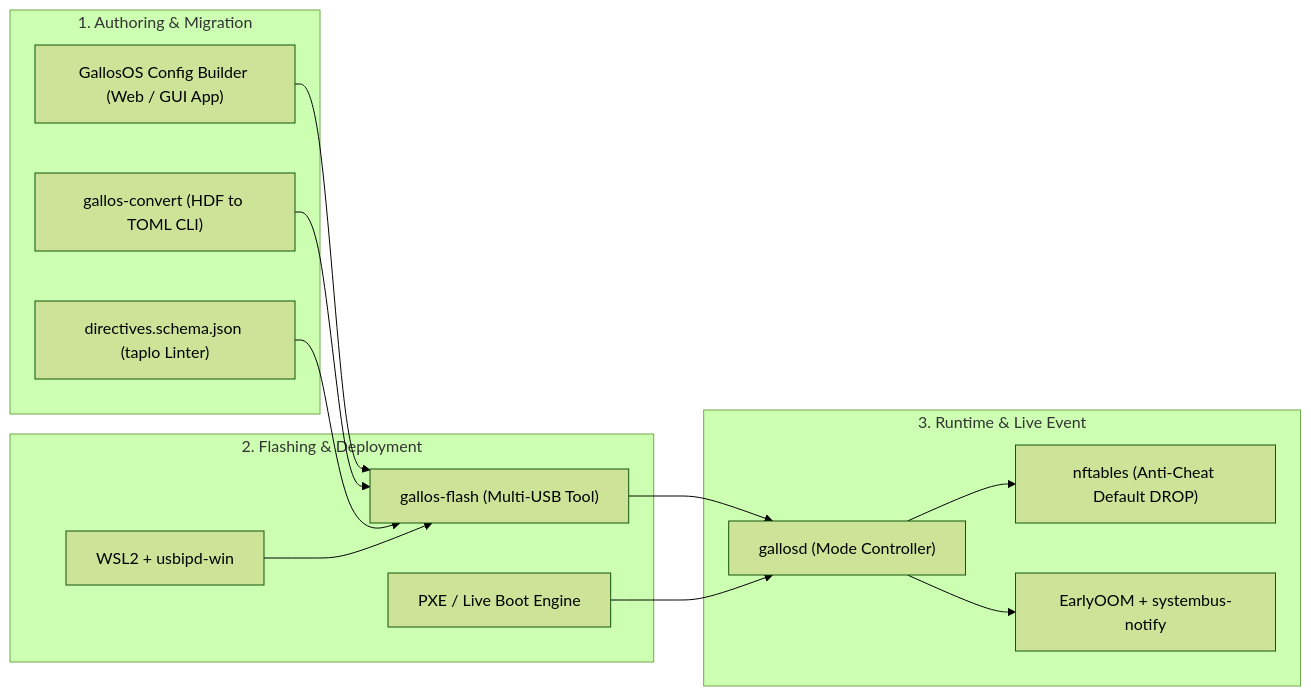
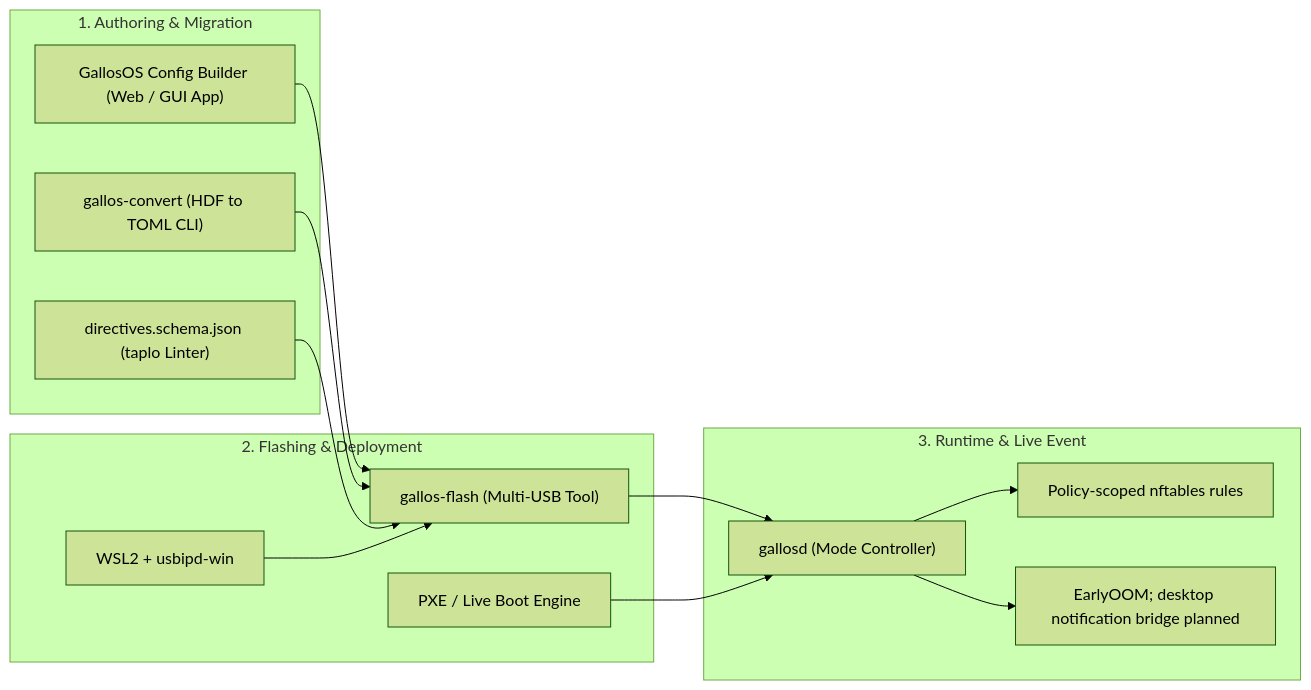
Before and after one commit to CPC-GALLOS/GallosOS: the first of 3 diagrams in docs/CONFIG_SPEC.md, drawn with Mermaid (forest theme). The commit also changed other lines of this file and 20 other files, not shown here.

````diff
--- a/docs/CONFIG_SPEC.md
+++ b/docs/CONFIG_SPEC.md
@@ -97,29 +98,29 @@
 ```mermaid
 graph LR
     subgraph "1. Authoring & Migration"
         Studio["GallosOS Config Builder (Web / GUI App)"]
         Convert["gallos-convert (HDF to TOML CLI)"]
         Schema["directives.schema.json (taplo Linter)"]
     end
 
     subgraph "2. Flashing & Deployment"
         Flasher["gallos-flash (Multi-USB Tool)"]
         WSL["WSL2 + usbipd-win"]
         Netboot["PXE / Live Boot Engine"]
     end
 
     subgraph "3. Runtime & Live Event"
         Daemon["gallosd (Mode Controller)"]
-        Firewall["nftables (Anti-Cheat Default DROP)"]
-        OOM["EarlyOOM + systembus-notify"]
+        Firewall["Policy-scoped nftables rules"]
+        OOM["EarlyOOM; desktop notification bridge planned"]
     end
 
     Studio --> Flasher
     Convert --> Flasher
     Schema --> Flasher
     Flasher --> Daemon
     WSL --> Flasher
     Netboot --> Daemon
     Daemon --> Firewall
     Daemon --> OOM
 ```
````
